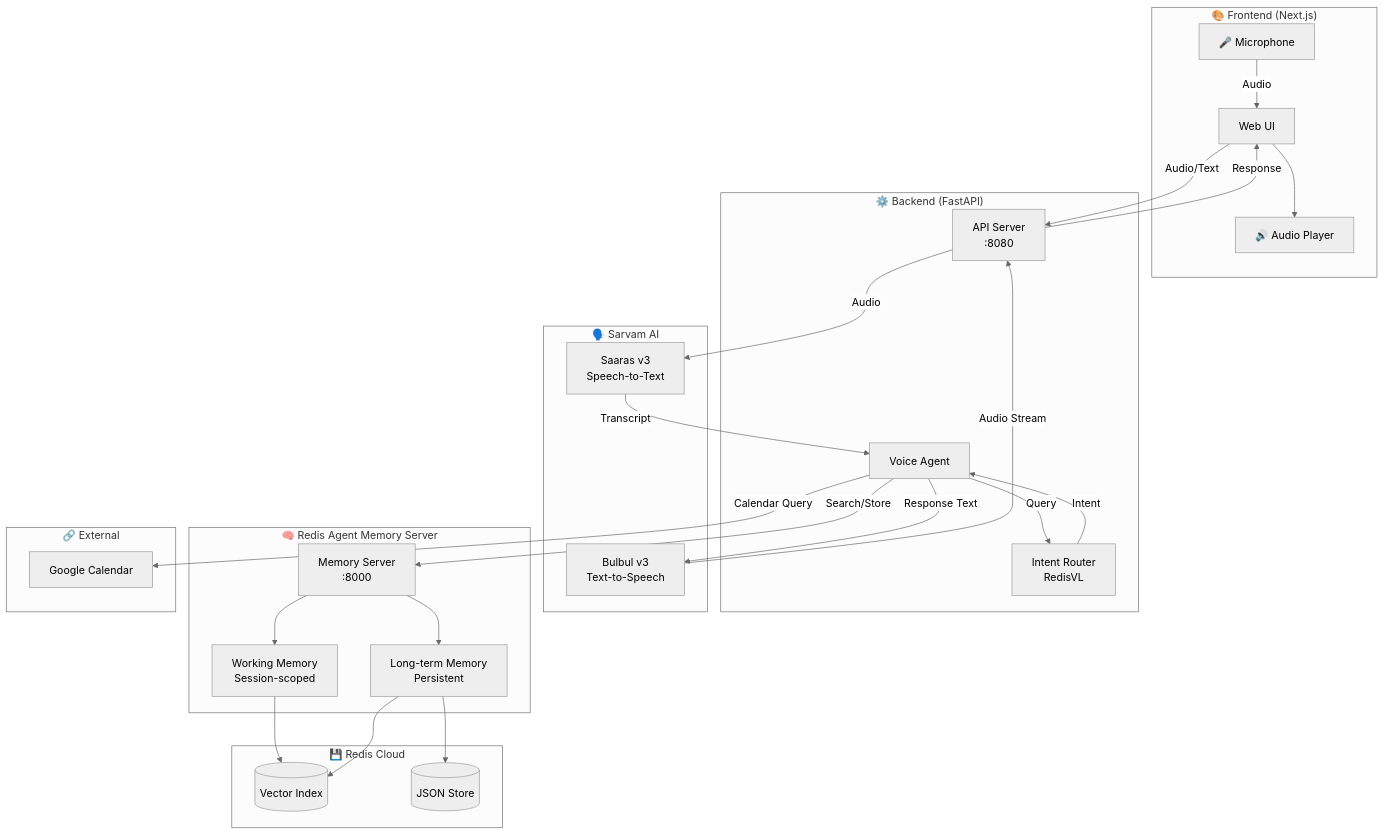
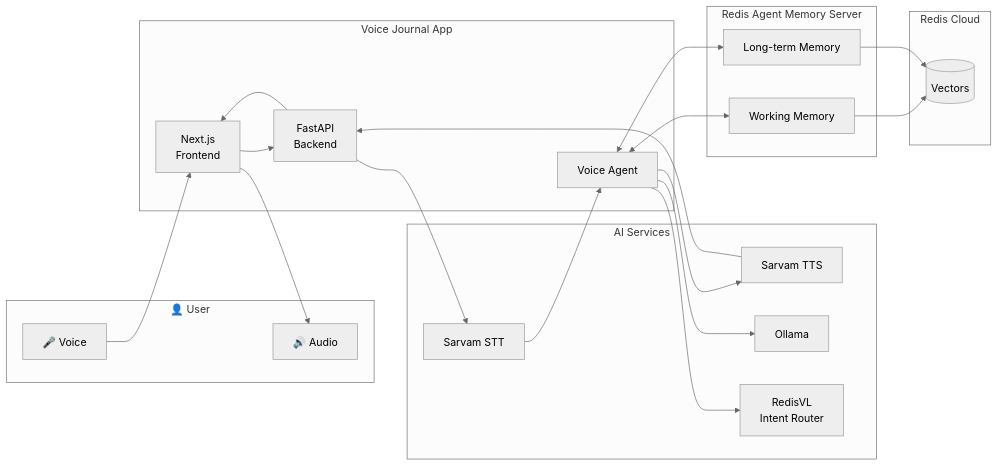
The diagram in README.md (bhavana-giri/voice_ai_redis_memory_demo), drawn with Mermaid (neutral theme) before and after one commit. The commit also changed other lines of this file, not shown here.

Commit message:
[refactor] README

````diff
--- a/README.md
+++ b/README.md
@@ -151,52 +150,39 @@
 ```mermaid
-flowchart TD
-    subgraph Frontend["🎨 Frontend (Next.js)"]
-        UI[Web UI]
-        MIC[🎤 Microphone]
-        SPEAKER[🔊 Audio Player]
+flowchart LR
+    subgraph User["👤 User"]
+        MIC[🎤 Voice]
+        SPEAKER[🔊 Audio]
     end
 
-    subgraph Backend["⚙️ Backend (FastAPI)"]
-        API[API Server<br/>:8080]
+    subgraph App["Voice Journal App"]
+        FE[Next.js<br/>Frontend]
+        BE[FastAPI<br/>Backend]
         AGENT[Voice Agent]
-        ROUTER[Intent Router<br/>RedisVL]
     end
 
-    subgraph Voice["🗣️ Sarvam AI"]
-        STT[Saaras v3<br/>Speech-to-Text]
-        TTS[Bulbul v3<br/>Text-to-Speech]
+    subgraph AI["AI Services"]
+        STT[Sarvam STT]
+        TTS[Sarvam TTS]
+        LLM[Ollama]
+        ROUTER[RedisVL<br/>Intent Router]
     end
 
-    subgraph Memory["🧠 Redis Agent Memory Server"]
-        AMS[Memory Server<br/>:8000]
-        WM[Working Memory<br/>Session-scoped]
-        LTM[Long-term Memory<br/>Persistent]
+    subgraph Memory["Redis Agent Memory Server"]
+        WM[Working Memory]
+        LTM[Long-term Memory]
     end
 
-    subgraph Storage["💾 Redis Cloud"]
-        VEC[(Vector Index)]
-        JSON[(JSON Store)]
+    subgraph Storage["Redis Cloud"]
+        VEC[(Vectors)]
     end
 
-    subgraph External["🔗 External"]
-        GCAL[Google Calendar]
-    end
-
-    MIC -->|Audio| UI
-    UI -->|Audio/Text| API
-    API -->|Audio| STT
-    STT -->|Transcript| AGENT
-    AGENT -->|Query| ROUTER
-    ROUTER -->|Intent| AGENT
-    AGENT -->|Search/Store| AMS
-    AMS --> WM
-    AMS --> LTM
+    MIC --> FE --> BE
+    BE --> STT --> AGENT
+    AGENT --> ROUTER
+    AGENT --> LLM
+    AGENT <--> WM
+    AGENT <--> LTM
     WM --> VEC
     LTM --> VEC
-    LTM --> JSON
-    AGENT -->|Calendar Query| GCAL
-    AGENT -->|Response Text| TTS
-    TTS -->|Audio Stream| API
-    API -->|Response| UI
-    UI --> SPEAKER
+    AGENT --> TTS --> BE --> FE --> SPEAKER
 ```
````
